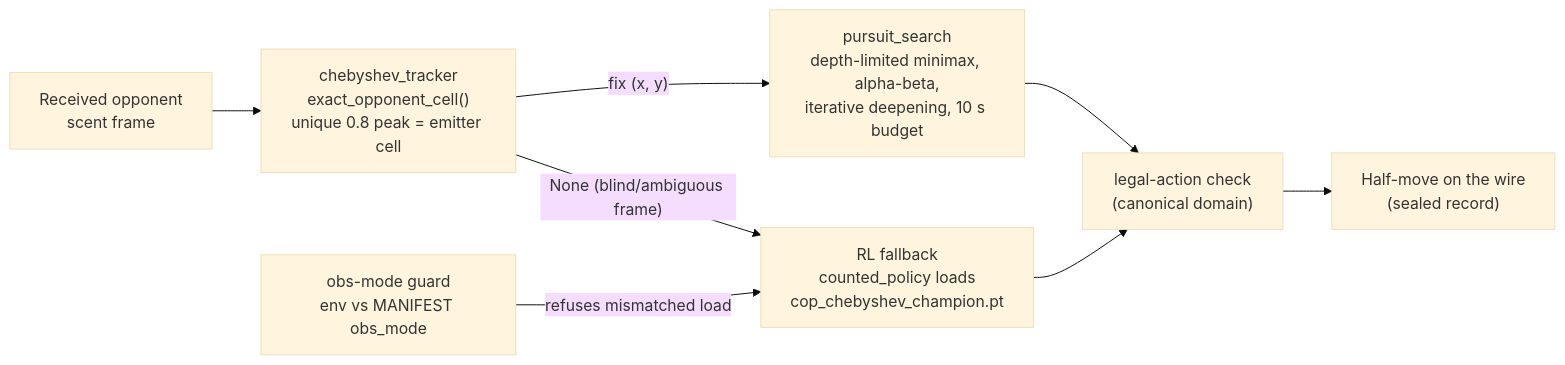
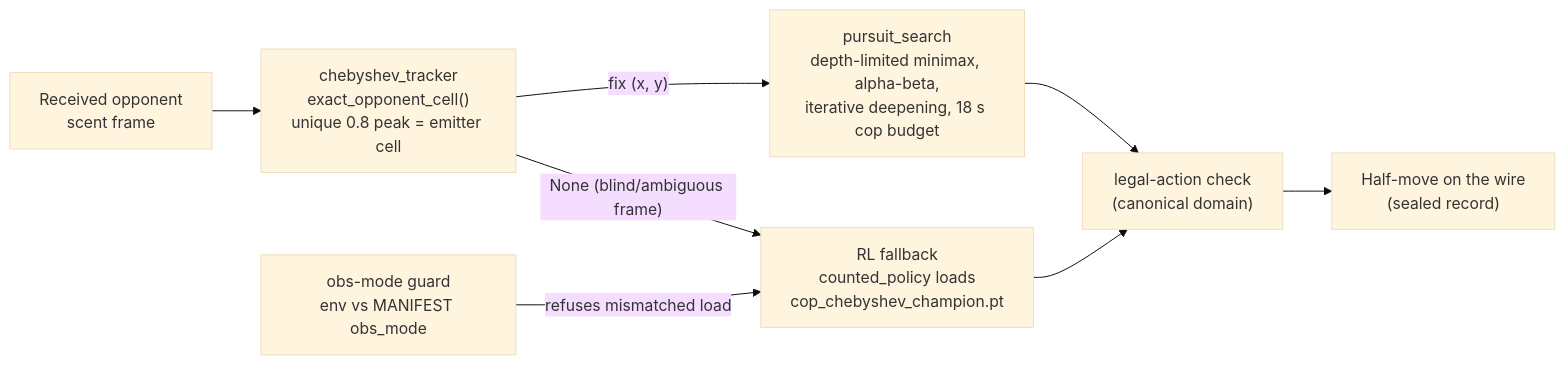
One commit to AmitKuper/vibecode-cop changed the third of 4 diagrams in docs/DESIGN.md. Above: the diagram before and after it, drawn with Mermaid (base theme). The commit also changed other lines of this file and 6 other files, not shown here.

````diff
--- a/docs/DESIGN.md
+++ b/docs/DESIGN.md
@@ -81,10 +81,10 @@
 ```mermaid
 flowchart LR
     FRAME["Received opponent<br/>scent frame"] --> TRK["chebyshev_tracker<br/>exact_opponent_cell()<br/>unique 0.8 peak = emitter cell"]
-    TRK -->|"fix (x, y)"| SEARCH["pursuit_search<br/>depth-limited minimax, alpha-beta,<br/>iterative deepening, 10 s budget"]
+    TRK -->|"fix (x, y)"| SEARCH["pursuit_search<br/>depth-limited minimax, alpha-beta,<br/>iterative deepening, 18 s cop budget"]
     TRK -->|"None (blind/ambiguous frame)"| FB["RL fallback<br/>counted_policy loads<br/>cop_chebyshev_champion.pt"]
     GUARD["obs-mode guard<br/>env vs MANIFEST obs_mode"] -->|"refuses mismatched load"| FB
     SEARCH --> LEGAL["legal-action check<br/>(canonical domain)"]
     FB --> LEGAL
     LEGAL --> MOVE["Half-move on the wire<br/>(sealed record)"]
 ```
````
